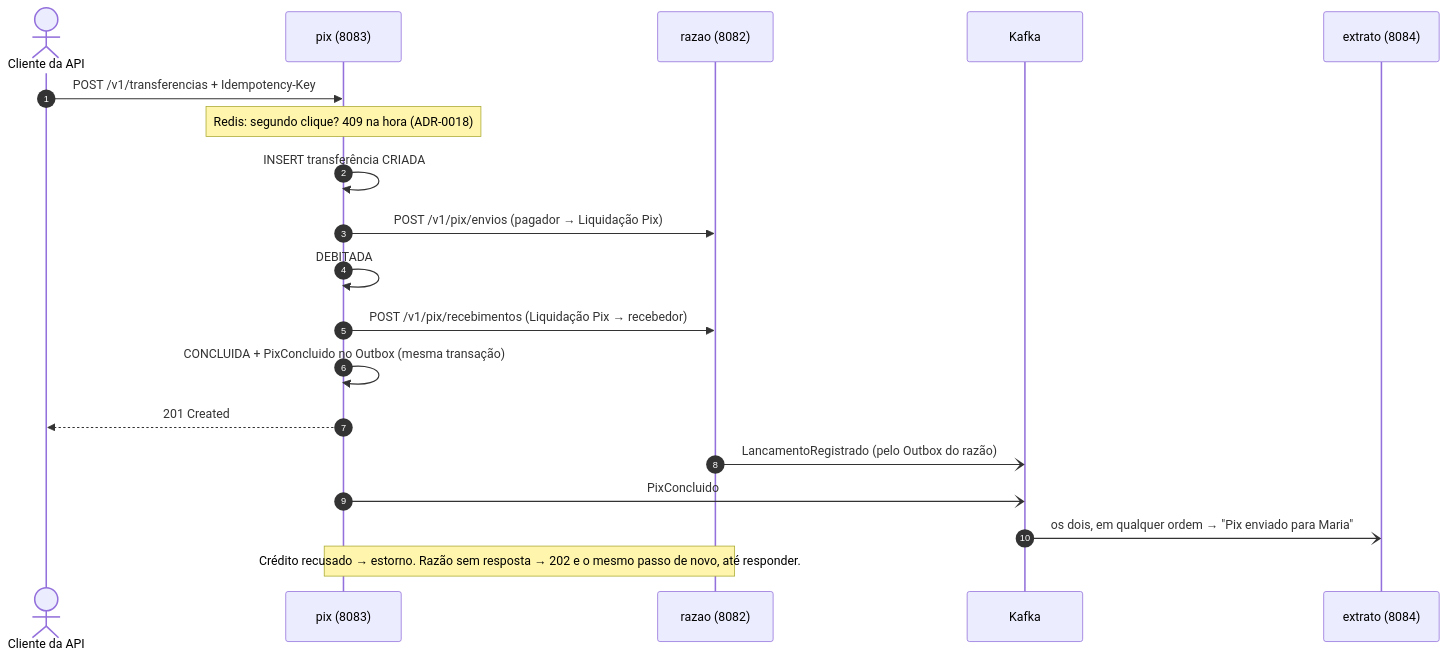
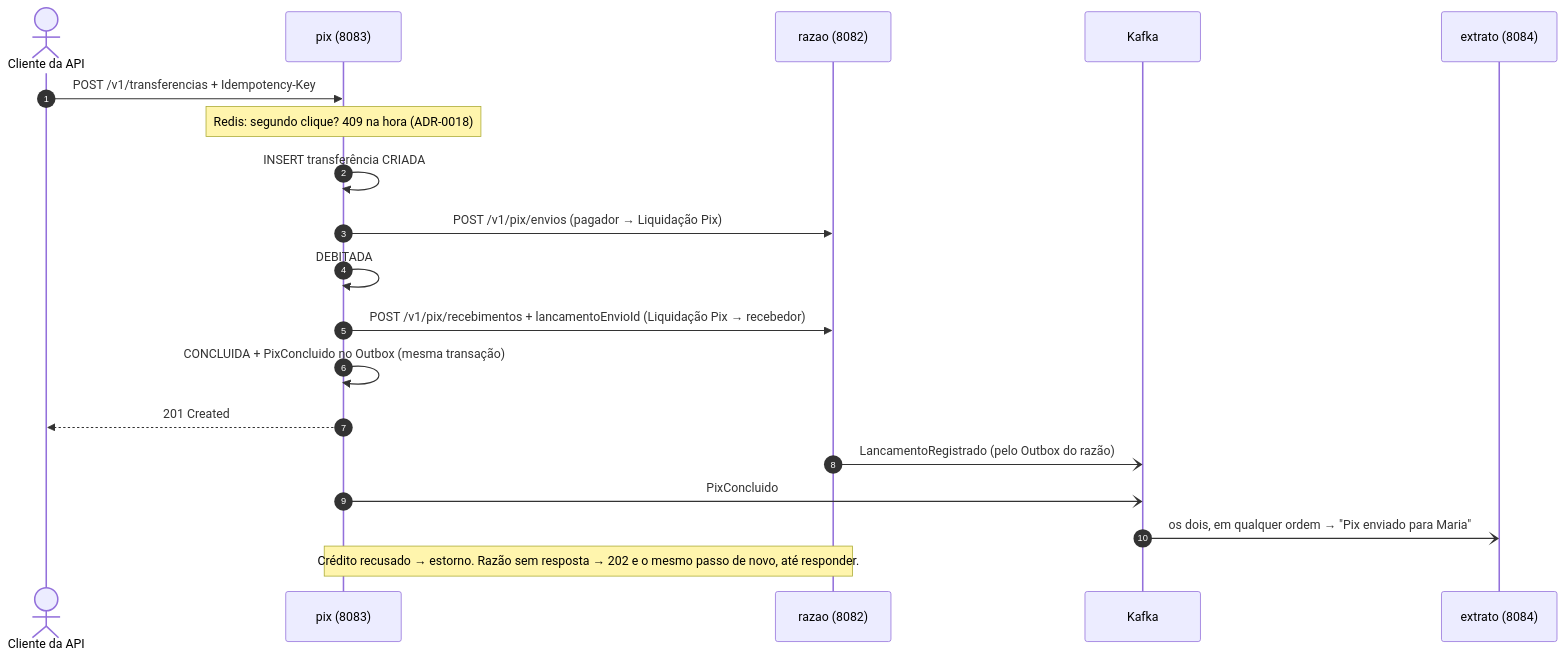
The fourth of 4 diagrams in docs/arquitetura/visao-geral.md (alanjoffre/ledgerly-bank), drawn with Mermaid before and after one commit. The commit also changed other lines of this file and 112 other files, not shown here.

````diff
--- a/docs/arquitetura/visao-geral.md
+++ b/docs/arquitetura/visao-geral.md
@@ -118,22 +118,22 @@
 ```mermaid
 sequenceDiagram
     autonumber
     actor C as Cliente da API
     participant PX as pix (8083)
     participant RZ as razao (8082)
     participant K as Kafka
     participant EX as extrato (8084)
 
     C->>PX: POST /v1/transferencias + Idempotency-Key
     Note over PX: Redis: segundo clique? 409 na hora (ADR-0018)
     PX->>PX: INSERT transferência CRIADA
     PX->>RZ: POST /v1/pix/envios (pagador → Liquidação Pix)
     PX->>PX: DEBITADA
-    PX->>RZ: POST /v1/pix/recebimentos (Liquidação Pix → recebedor)
+    PX->>RZ: POST /v1/pix/recebimentos + lancamentoEnvioId (Liquidação Pix → recebedor)
     PX->>PX: CONCLUIDA + PixConcluido no Outbox (mesma transação)
     PX-->>C: 201 Created
     RZ-)K: LancamentoRegistrado (pelo Outbox do razão)
     PX-)K: PixConcluido
     K-)EX: os dois, em qualquer ordem → "Pix enviado para Maria"
     Note over PX,RZ: Crédito recusado → estorno. Razão sem resposta → 202 e o mesmo passo de novo, até responder.
 ```
````
